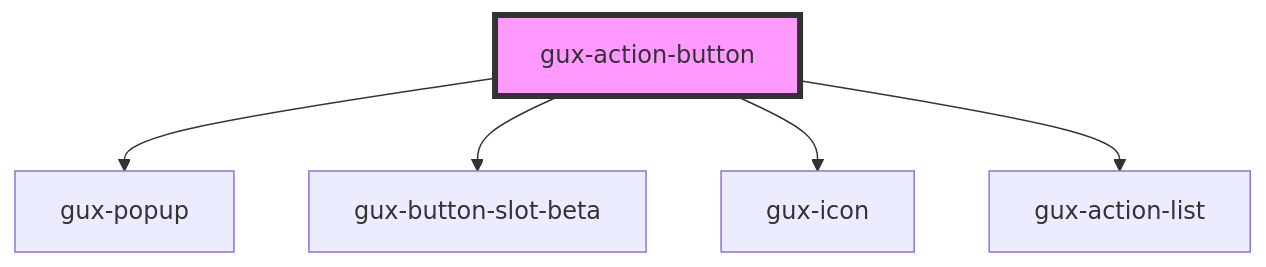
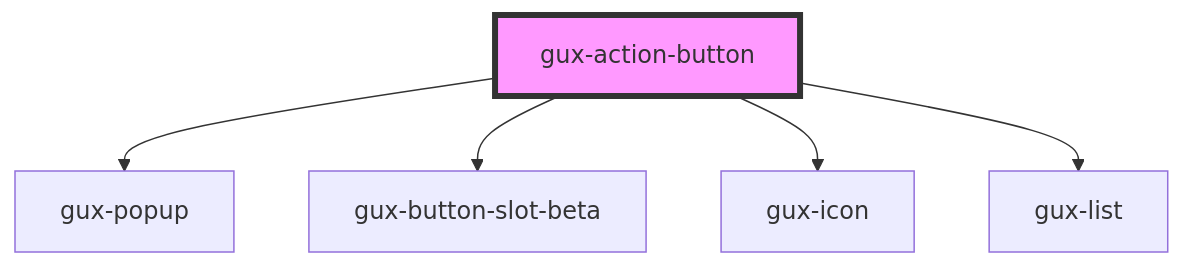
The diagram in src/components/stable/gux-action-button/readme.md (MyPureCloud/genesys-spark), drawn with Mermaid before and after one commit. The commit also changed other lines of this file and 134 other files, not shown here.

````diff
--- a/src/components/stable/gux-action-button/readme.md
+++ b/src/components/stable/gux-action-button/readme.md
@@ -46,8 +48,8 @@
 ```mermaid
 graph TD;
   gux-action-button --> gux-popup
   gux-action-button --> gux-button-slot-beta
   gux-action-button --> gux-icon
-  gux-action-button --> gux-action-list
+  gux-action-button --> gux-list
   style gux-action-button fill:#f9f,stroke:#333,stroke-width:4px
 ```
````
